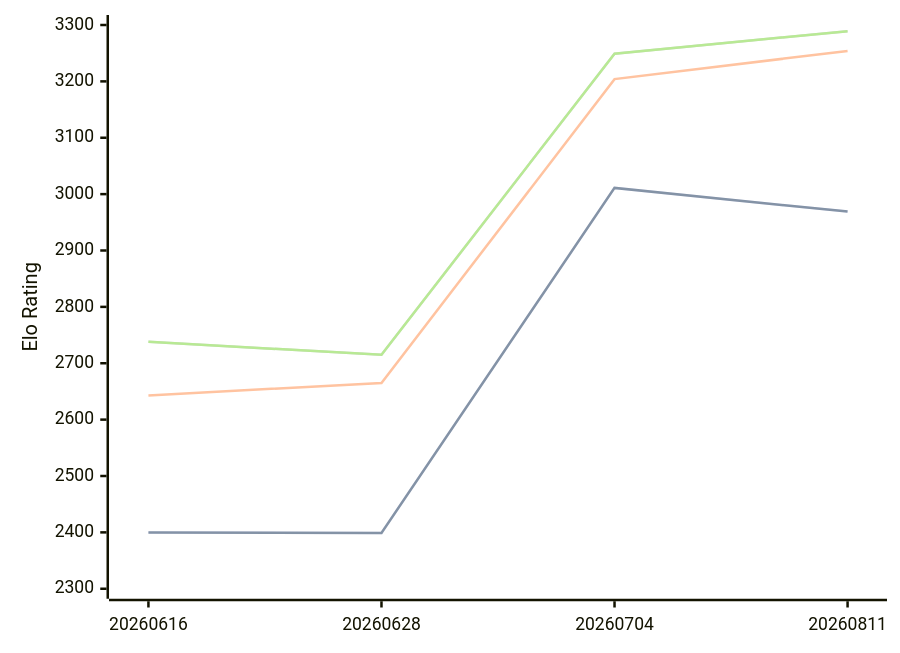
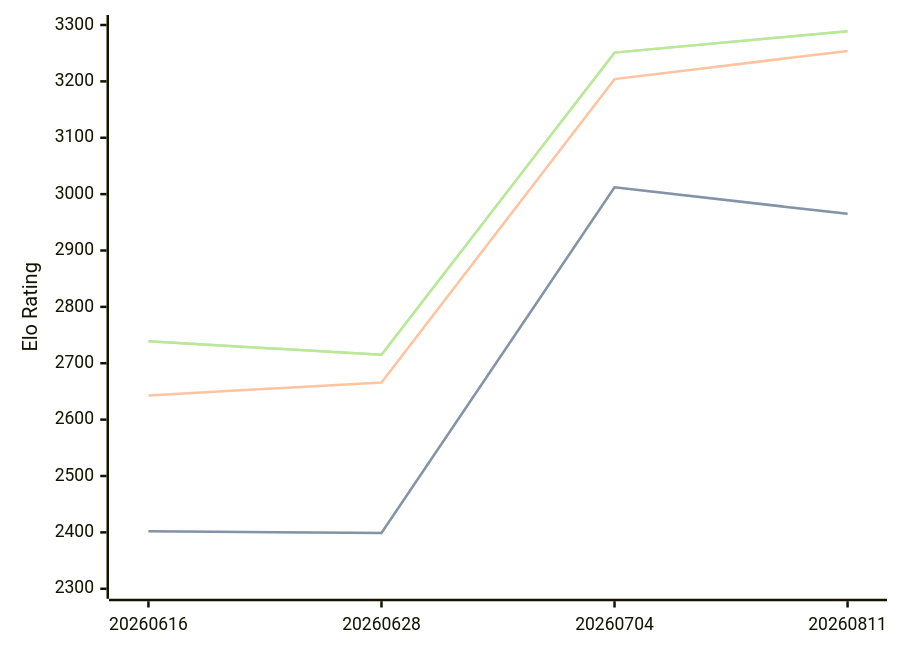
The diagram in engines/Askaig.md (computer-chess-index/cci), drawn with Mermaid before and after one commit. The commit also changed other lines of this file, not shown here.

Commit message:
Update CCI Ratings (ELO VLTC) - 2026-08-21

````diff
--- a/engines/Askaig.md
+++ b/engines/Askaig.md
@@ -36,11 +36,11 @@
 ```mermaid
 %%{init: {"theme":"base","themeVariables":{"seriesColors:['#a3a3a3','#222221','#faa371']}}}%%
 xychart-beta
   x-axis ["20260616", "20260628", "20260704", "20260811"]
   y-axis "Elo Rating" 2300 --> 3300
-  line "STC (8.0+0.08s)" [2400, 2399, 3011, 2969]
-  line "STC (8.0+0.08s)" [2400, 2399, 3011, 2969]
-  line "LTC (60.0+0.60s)" [2643, 2665, 3204, 3254]
-  line "VLTC (2m24s+1.12s)" [2738, 2715, 3249, 3289]
-  line "VLTC (2m24s+1.12s)" [2738, 2715, 3249, 3289]
+  line "STC (8.0+0.08s)" [2402, 2399, 3012, 2965]
+  line "STC (8.0+0.08s)" [2402, 2399, 3012, 2965]
+  line "LTC (60.0+0.60s)" [2643, 2666, 3204, 3254]
+  line "VLTC (2m24s+1.12s)" [2739, 2715, 3251, 3289]
+  line "VLTC (2m24s+1.12s)" [2739, 2715, 3251, 3289]
 ```
````
